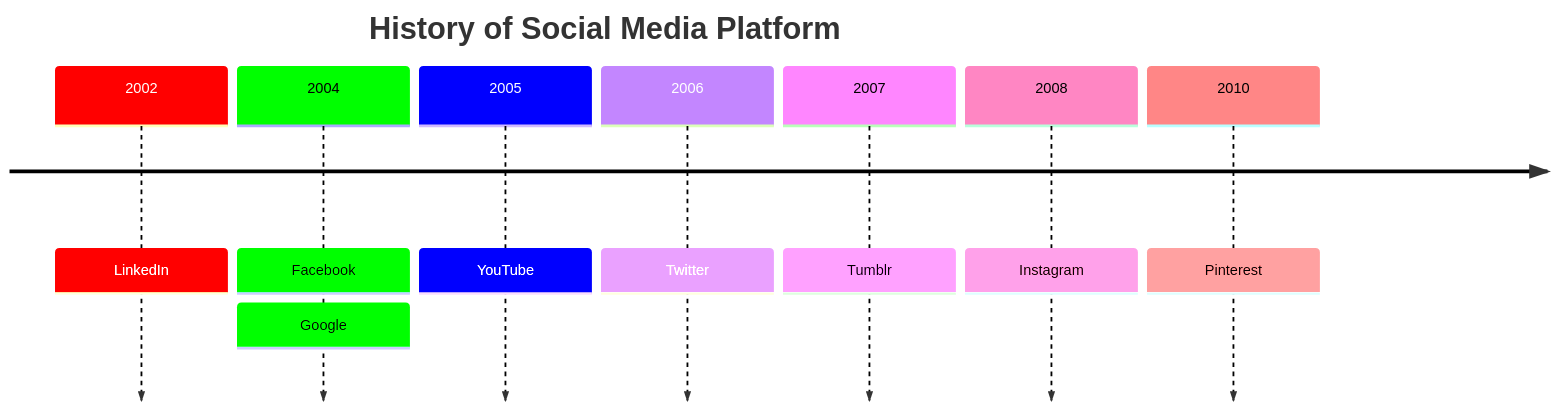
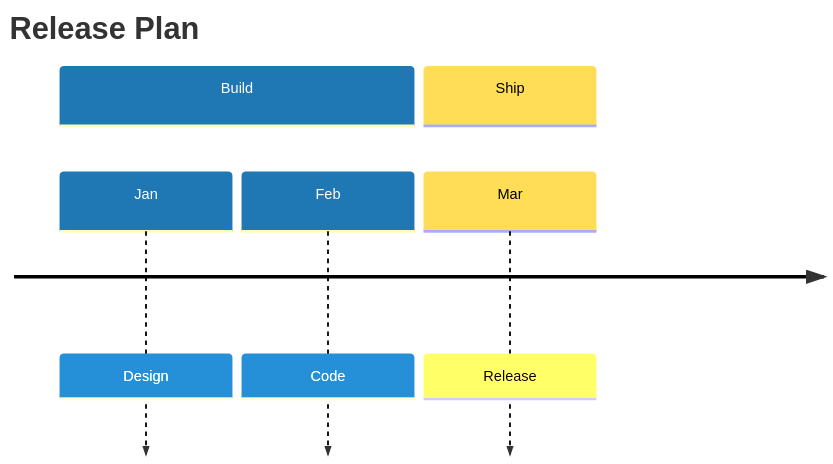
The seventh of 7 diagrams in skills/diagrammer/specs/mermaid/timeline.md (hgrabows/diagrammer-skills), drawn with Mermaid before and after one commit. The commit also changed other lines of this file and 127 other files, not shown here.

First line of the commit message:
feat: audit all specs, add example gallery, fix PlantUML and Gantt rendering

````diff
--- a/skills/diagrammer/specs/mermaid/timeline.md
+++ b/skills/diagrammer/specs/mermaid/timeline.md
@@ -98,20 +131,17 @@
 ```mermaid
 ---
 config:
   themeVariables:
-    cScale0: '#ff0000'
+    cScale0: '#1f77b4'
     cScaleLabel0: '#ffffff'
-    cScale1: '#00ff00'
-    cScale2: '#0000ff'
-    cScaleLabel2: '#ffffff'
+    cScale1: '#ffdd57'
+    cScaleLabel1: '#000000'
 ---
 timeline
-    title History of Social Media Platform
-    2002 : LinkedIn
-    2004 : Facebook : Google
-    2005 : YouTube
-    2006 : Twitter
-    2007 : Tumblr
-    2008 : Instagram
-    2010 : Pinterest
+    title Release Plan
+    section Build
+        Jan : Design
+        Feb : Code
+    section Ship
+        Mar : Release
 ```
````
